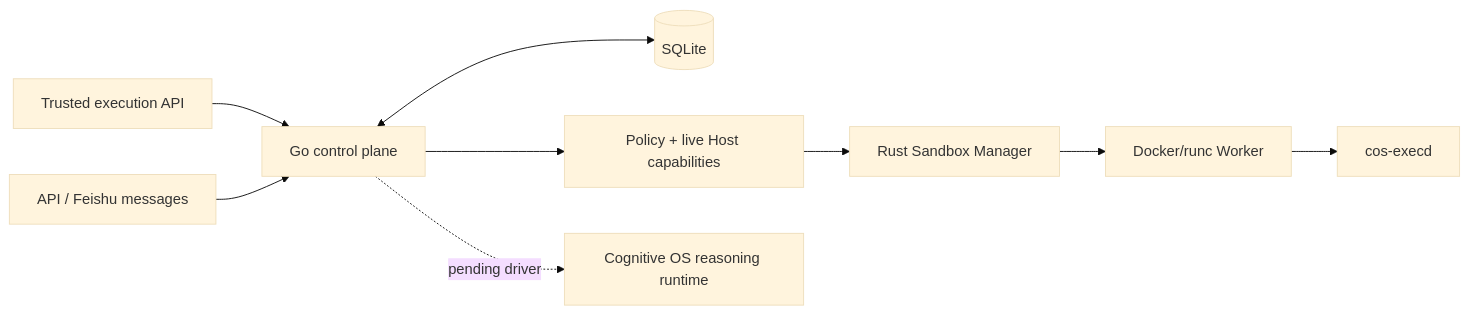
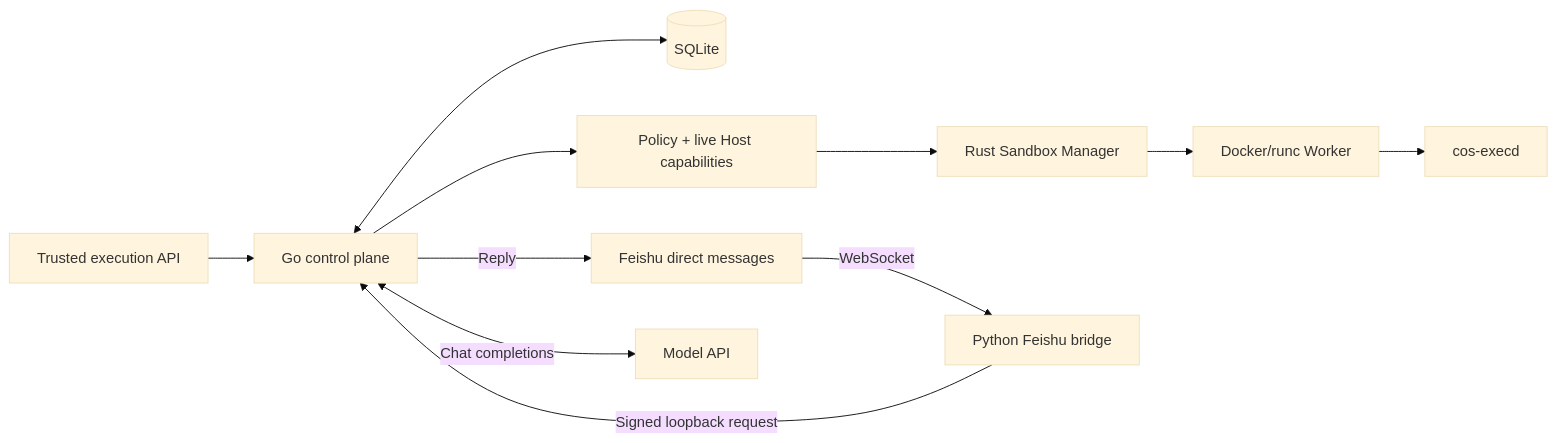
One commit to LeonQin-ai/super-agent-bot-plantform changed the diagram in README.md. Above: the diagram before and after it, drawn with Mermaid (base theme). The commit also changed other lines of this file and 1 other file, not shown here.

Commit message:
Document live Feishu deployment in English and Chinese

````diff
--- a/README.md
+++ b/README.md
@@ -36,11 +37,13 @@
 ```mermaid
 flowchart LR
     API[Trusted execution API] --> Go[Go control plane]
     Go <--> DB[(SQLite)]
     Go --> Policy[Policy + live Host capabilities]
     Policy --> Host[Rust Sandbox Manager]
     Host --> Docker[Docker/runc Worker]
     Docker --> Exec[cos-execd]
-    Messages[API / Feishu messages] --> Go
-    Go -. pending driver .-> Cognitive[Cognitive OS reasoning runtime]
+    Feishu[Feishu direct messages] -->|WebSocket| Bridge[Python Feishu bridge]
+    Bridge -->|Signed loopback request| Go
+    Go <-->|Chat completions| Model[Model API]
+    Go -->|Reply| Feishu
 ```
````
